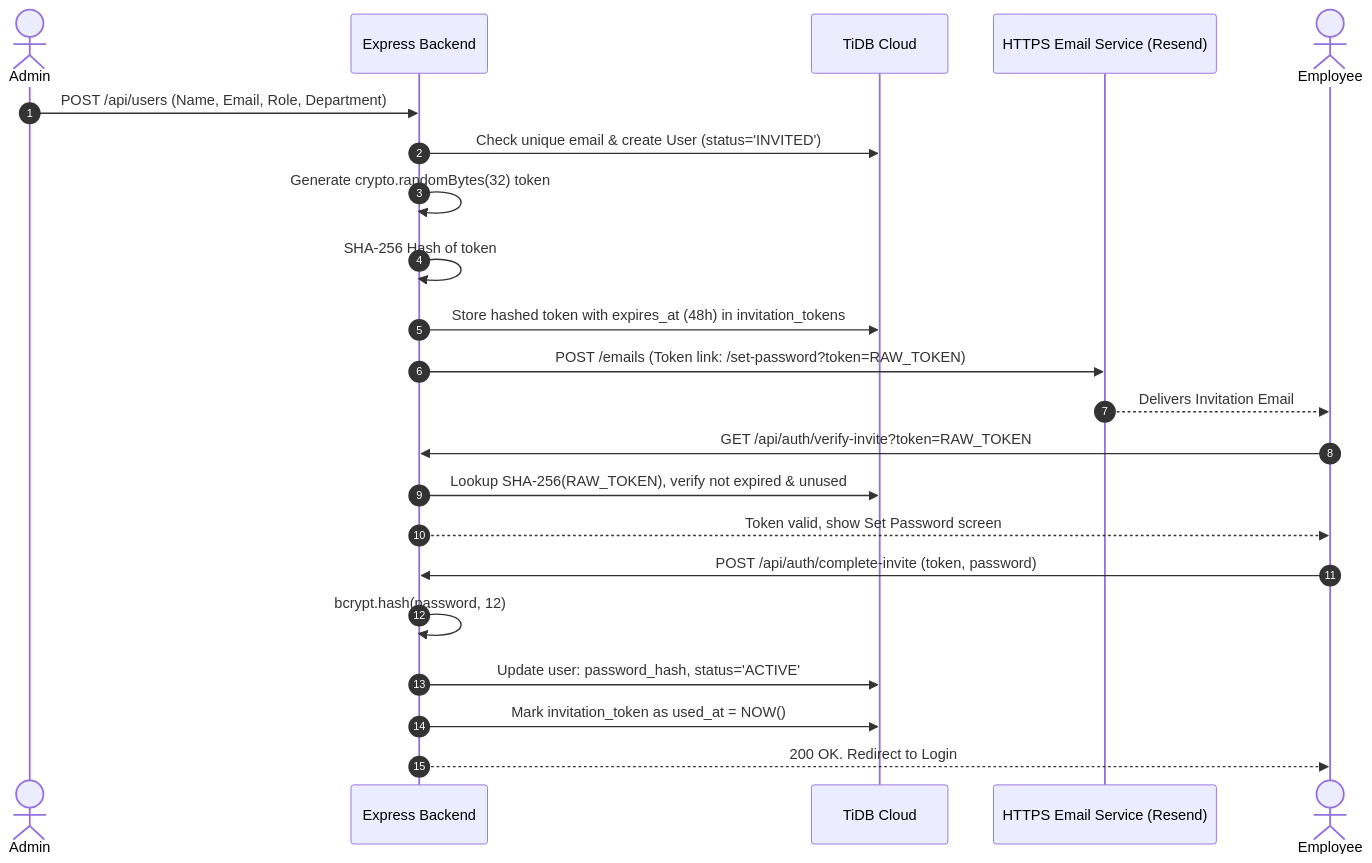
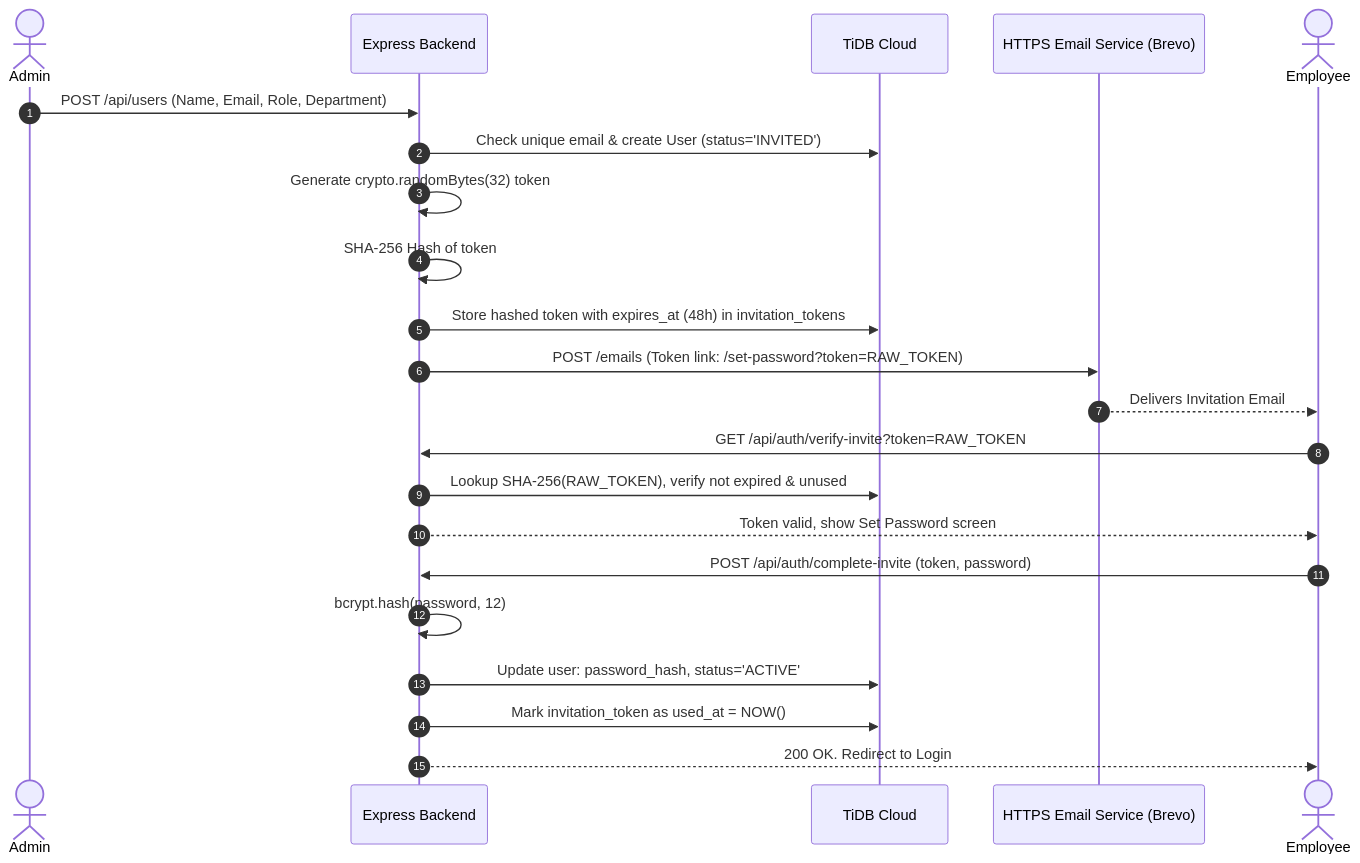
The fourth of 9 diagrams in docs/STAGE_0_ARCHITECTURE_SPECIFICATION.md (pushkar-0553/Meflow), drawn with Mermaid before and after one commit. The commit also changed other lines of this file and 12 other files, not shown here.

Commit message:
feat(email): replace Resend with Brevo Transactional HTTPS API across backend and frontend

````diff
--- a/docs/STAGE_0_ARCHITECTURE_SPECIFICATION.md
+++ b/docs/STAGE_0_ARCHITECTURE_SPECIFICATION.md
@@ -292,25 +292,25 @@
 ```mermaid
 sequenceDiagram
     autonumber
     actor Admin
     participant Server as Express Backend
     participant DB as TiDB Cloud
-    participant Mail as HTTPS Email Service (Resend)
+    participant Mail as HTTPS Email Service (Brevo)
     actor Employee
 
     Admin->>Server: POST /api/users (Name, Email, Role, Department)
     Server->>DB: Check unique email & create User (status='INVITED')
     Server->>Server: Generate crypto.randomBytes(32) token
     Server->>Server: SHA-256 Hash of token
     Server->>DB: Store hashed token with expires_at (48h) in invitation_tokens
     Server->>Mail: POST /emails (Token link: /set-password?token=RAW_TOKEN)
     Mail-->>Employee: Delivers Invitation Email
     Employee->>Server: GET /api/auth/verify-invite?token=RAW_TOKEN
     Server->>DB: Lookup SHA-256(RAW_TOKEN), verify not expired & unused
     Server-->>Employee: Token valid, show Set Password screen
     Employee->>Server: POST /api/auth/complete-invite (token, password)
     Server->>Server: bcrypt.hash(password, 12)
     Server->>DB: Update user: password_hash, status='ACTIVE'
     Server->>DB: Mark invitation_token as used_at = NOW()
     Server-->>Employee: 200 OK. Redirect to Login
 ```
````
